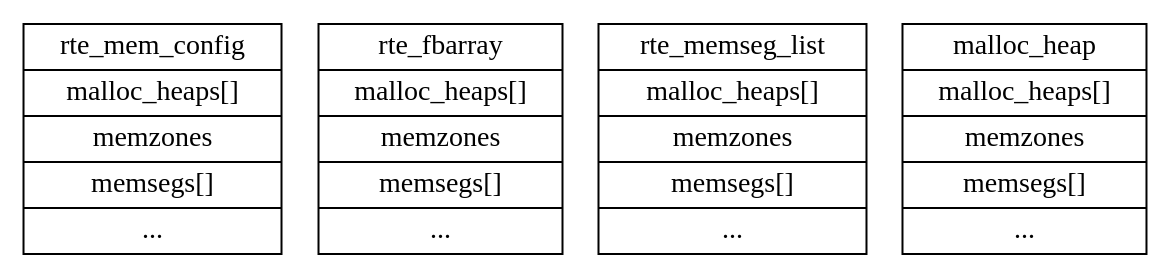
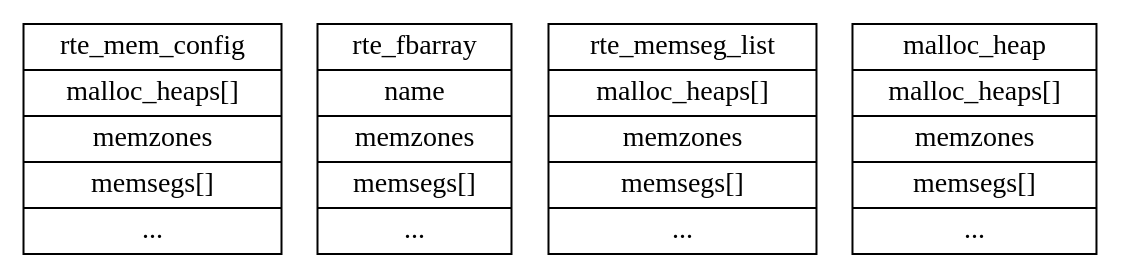
Before and after one commit to sisyphus1212/note: the diagram in dpdk/内存管理.md, drawn with Graphviz.

Commit message:
auto_update

````diff
--- a/dpdk/内存管理.md
+++ b/dpdk/内存管理.md
@@ -16,44 +16,44 @@
 ```graphviz
 digraph {
 	rte_mem_config[
 		label = "{
 		rte_mem_config|
         malloc_heaps[]|
 		memzones|
 		memsegs[]|
 		...
 		}",
 		shape = "record"
 	];
 	rte_fbarray[
 		label = "{
 		rte_fbarray|
-        malloc_heaps[]|
+        name|
 		memzones|
 		memsegs[]|
 		...
 		}",
 		shape = "record"
 	];
 	rte_memseg_list[
 		label = "{
 		rte_memseg_list|
         malloc_heaps[]|
 		memzones|
 		memsegs[]|
 		...
 		}",
 		shape = "record"
 	];
 	malloc_heap[
 		label = "{
 		malloc_heap|
         malloc_heaps[]|
 		memzones|
 		memsegs[]|
 		...
 		}",
 		shape = "record"
 	];
 }
 ```
````
